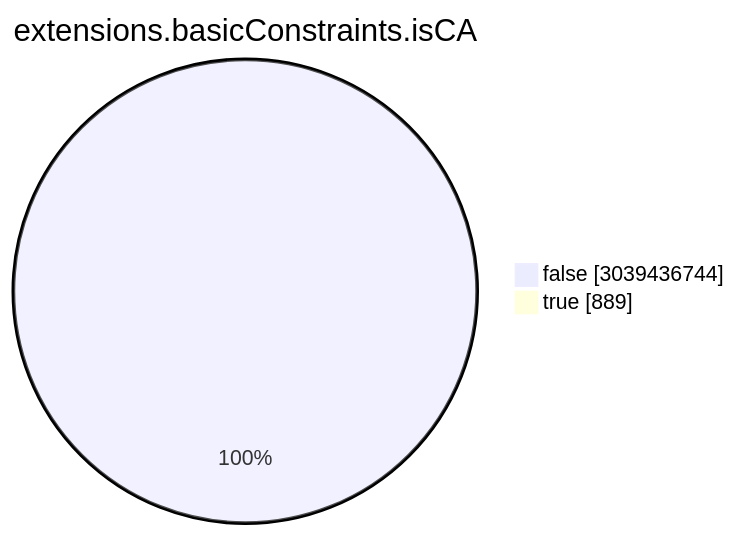
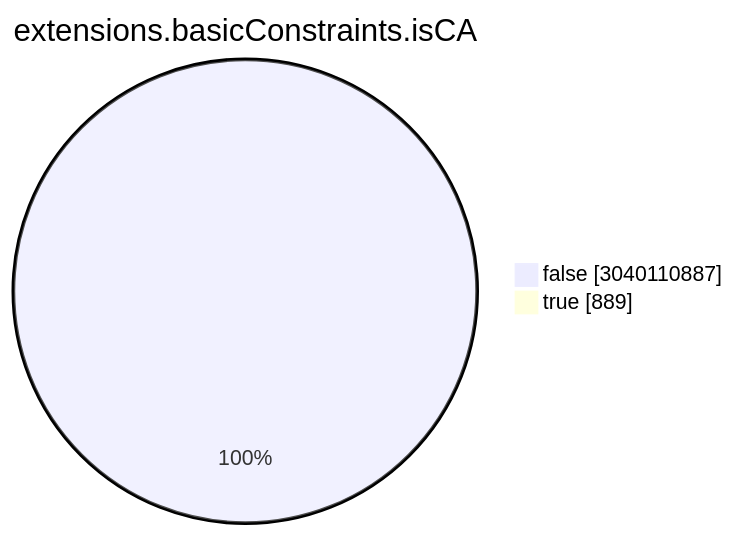
The seventh of 15 diagrams in TOTAL/README.md (christiankrug/ctmonitor_visualization), drawn with Mermaid before and after one commit. The commit also changed other lines of this file, not shown here.

````diff
--- a/TOTAL/README.md
+++ b/TOTAL/README.md
@@ -3088,6 +3088,6 @@
 ```mermaid
 pie showData
 title extensions.basicConstraints.isCA
-"false" :3039436744
+"false" :3040110887
 "true" :889
 ```
````
